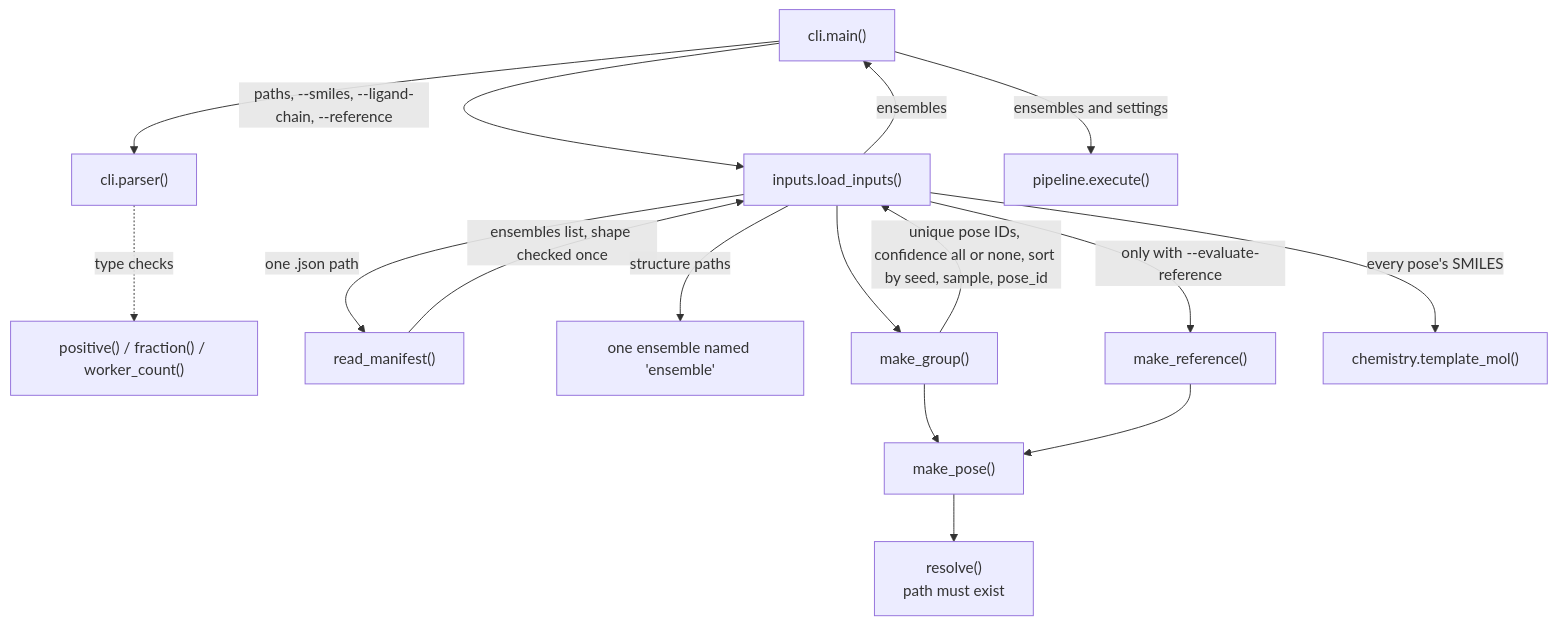
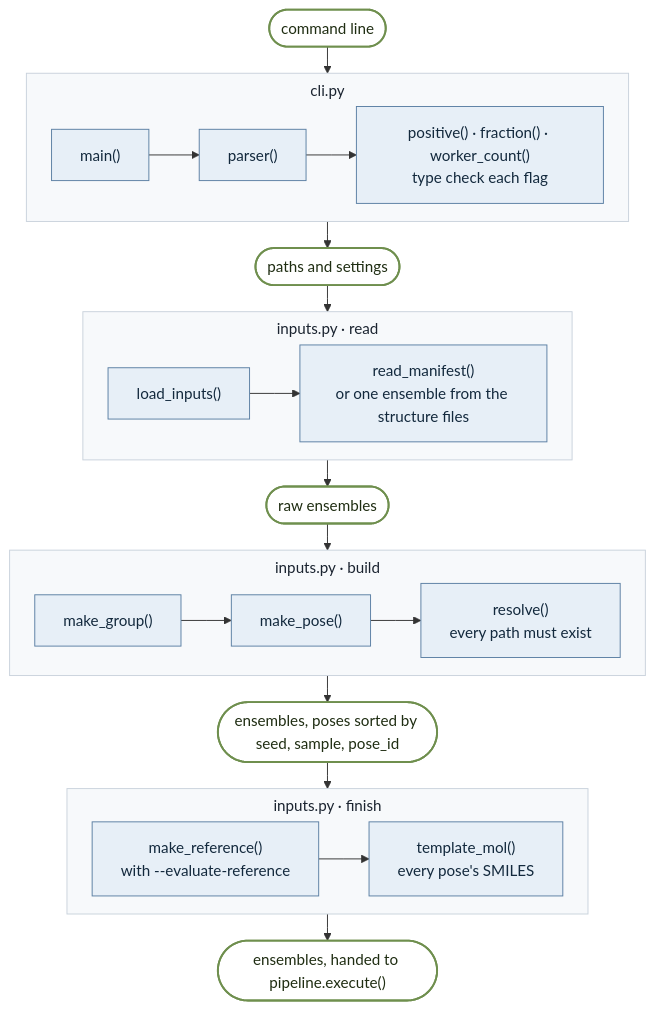
One commit to James-Broster/core-score changed the second of 10 diagrams in docs/code-map.md. Above: the diagram before and after it, drawn with Mermaid. The commit also changed other lines of this file, not shown here.

First line of the commit message:
Redraw the code map as stage ladders

````diff
--- a/docs/code-map.md
+++ b/docs/code-map.md
@@ -97,18 +86,39 @@
 ```mermaid
-flowchart TD
-    main["cli.main()"] --> parser["cli.parser()"]
-    parser -.->|"type checks"| types["positive() / fraction() / worker_count()"]
-    main -->|"paths, --smiles, --ligand-chain, --reference"| load["inputs.load_inputs()"]
-    load -->|"one .json path"| read["read_manifest()"]
-    read -->|"ensembles list, shape checked once"| load
-    load -->|"structure paths"| direct["one ensemble named 'ensemble'"]
-    load --> group["make_group()"]
-    group --> pose["make_pose()"]
-    pose --> resolve["resolve()<br/>path must exist"]
-    group -->|"unique pose IDs, confidence all or none, sort by seed, sample, pose_id"| load
-    load -->|"only with --evaluate-reference"| ref["make_reference()"]
-    ref --> pose
-    load -->|"every pose's SMILES"| tm["chemistry.template_mol()"]
-    load -->|"ensembles"| main
-    main -->|"ensembles and settings"| exec["pipeline.execute()"]
+%%{init: {"flowchart": {"curve": "linear", "nodeSpacing": 18, "rankSpacing": 28, "subGraphTitleMargin": {"top": 6, "bottom": 10}}}}%%
+flowchart TB
+    classDef fn fill:#e7eff7,stroke:#5b7fa3,color:#13293d
+    classDef ost fill:#fbedd5,stroke:#b07a1e,color:#3d2a08
+    classDef data fill:#ffffff,stroke:#6f8f4e,color:#1f2d12,stroke-width:2px
+    classDef file fill:#f3f3f3,stroke:#9a9a9a,color:#444,stroke-dasharray:3 3
+    classDef stage fill:#f7f9fb,stroke:#c9d2dc,color:#1b2430
+
+    start(["command line"]):::data
+
+    subgraph I1["cli.py"]
+        direction LR
+        a1["main()"]:::fn --> a2["parser()"]:::fn --> a3["positive() · fraction() · worker_count()<br/>type check each flag"]:::fn
+    end
+    d1(["paths and settings"]):::data
+
+    subgraph I2["inputs.py · read"]
+        direction LR
+        b1["load_inputs()"]:::fn --> b2["read_manifest()<br/>or one ensemble from the structure files"]:::fn
+    end
+    d2(["raw ensembles"]):::data
+
+    subgraph I3["inputs.py · build"]
+        direction LR
+        c1["make_group()"]:::fn --> c2["make_pose()"]:::fn --> c3["resolve()<br/>every path must exist"]:::fn
+    end
+    d3(["ensembles, poses sorted by seed, sample, pose_id"]):::data
+
+    subgraph I4["inputs.py · finish"]
+        direction LR
+        e1["make_reference()<br/>with --evaluate-reference"]:::fn --> e2["template_mol()<br/>every pose's SMILES"]:::fn
+    end
+    d4(["ensembles, handed to pipeline.execute()"]):::data
+
+    start --> I1 --> d1 --> I2 --> d2 --> I3 --> d3 --> I4 --> d4
+
+    class I1,I2,I3,I4 stage
 ```
````
